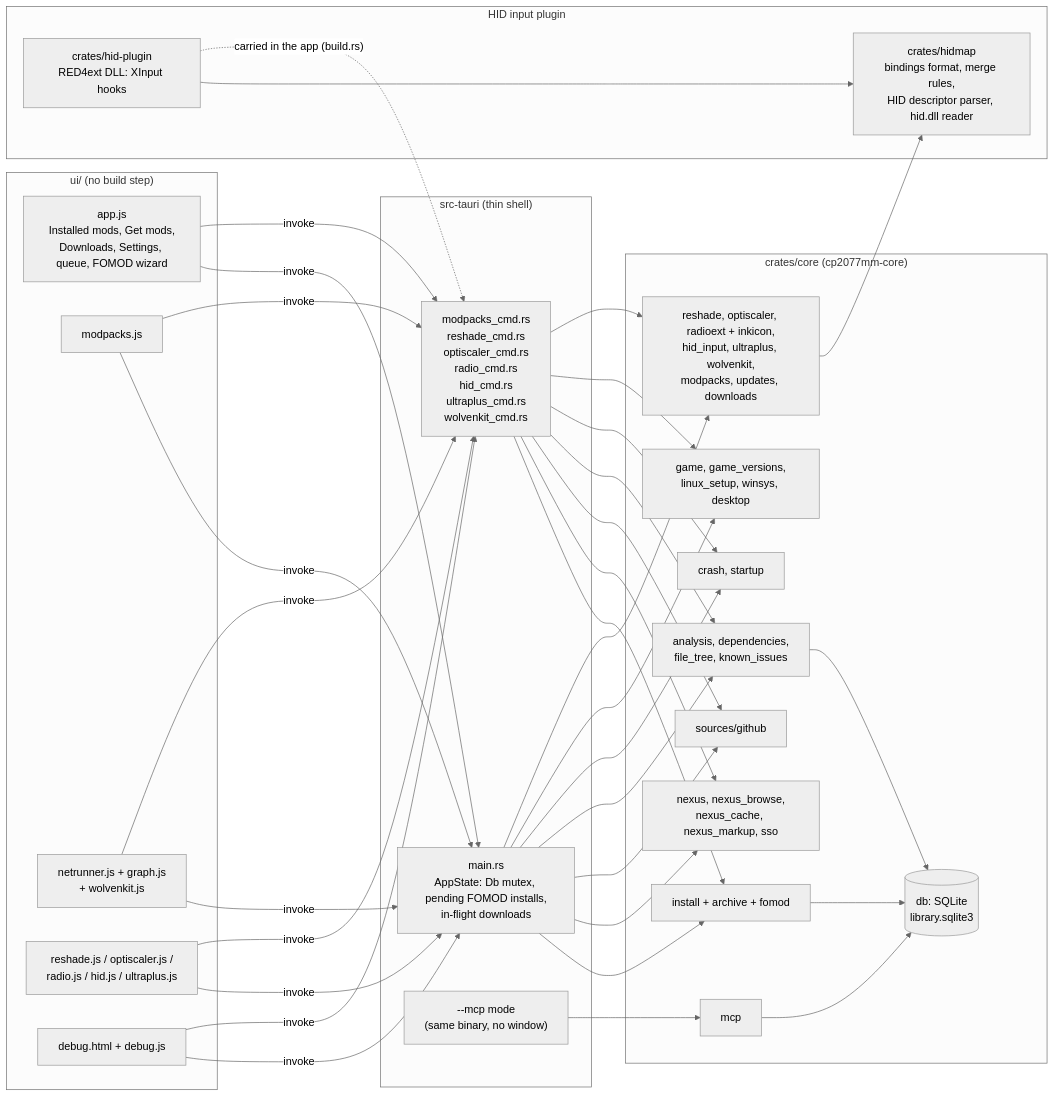
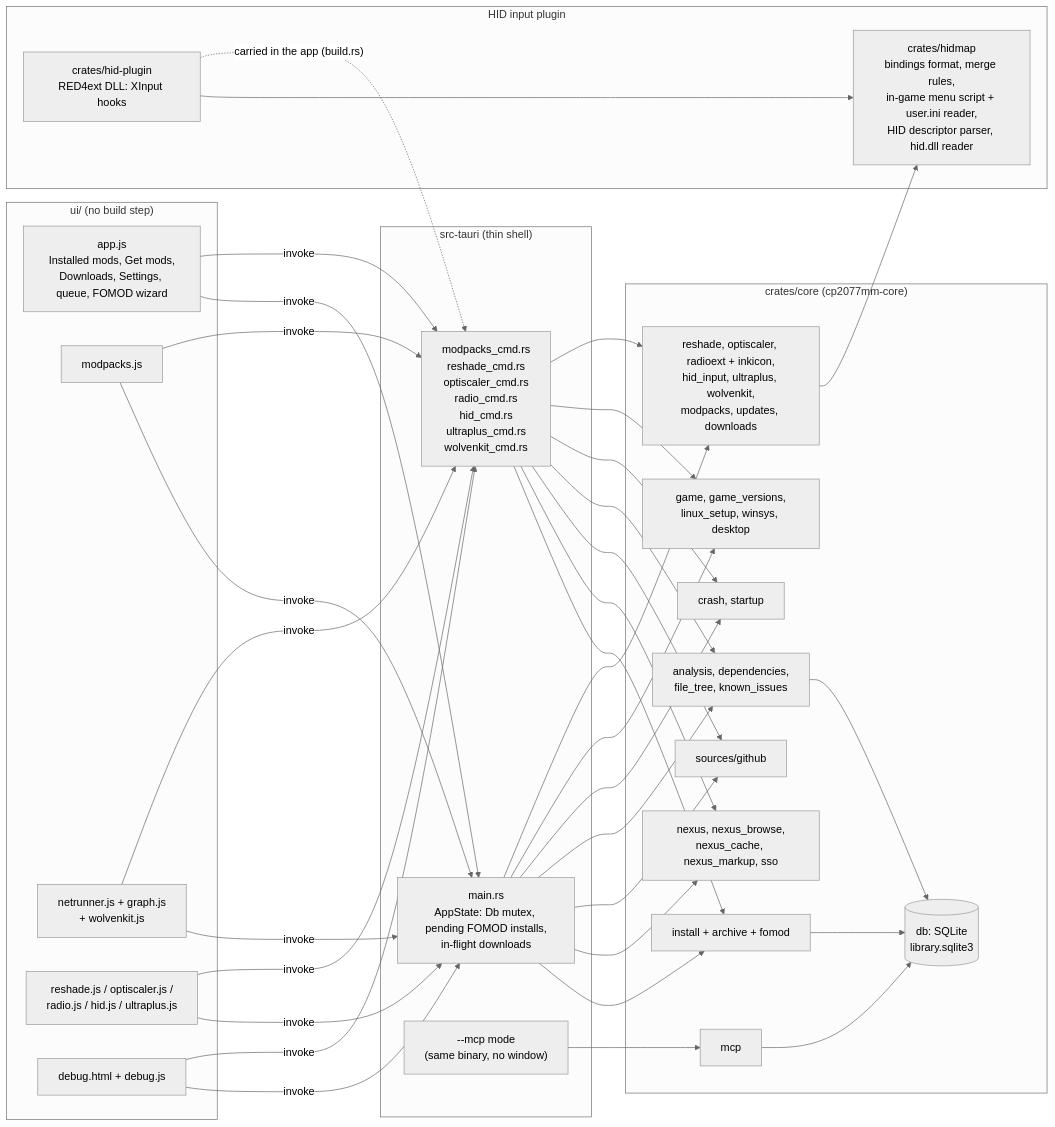
The first of 2 diagrams in docs/architecture/App structure.md (Higher-dimentionalSemanticsFanatic/LinuxCPMX2077), drawn with Mermaid (neutral theme) before and after one commit. The commit also changed other lines of this file and 15 other files, not shown here.

````diff
--- a/docs/architecture/App structure.md
+++ b/docs/architecture/App structure.md
@@ -12,38 +12,38 @@
 ```mermaid
 flowchart LR
   subgraph UI["ui/ (no build step)"]
     app[app.js<br/>Installed mods, Get mods,<br/>Downloads, Settings, queue, FOMOD wizard]
     mp[modpacks.js]
     nr[netrunner.js + graph.js<br/>+ wolvenkit.js]
     rs[reshade.js / optiscaler.js /<br/>radio.js / hid.js / ultraplus.js]
     dbg[debug.html + debug.js]
   end
   subgraph Shell["src-tauri (thin shell)"]
     main[main.rs<br/>AppState: Db mutex, pending FOMOD installs,<br/>in-flight downloads]
     cmds[modpacks_cmd.rs<br/>reshade_cmd.rs<br/>optiscaler_cmd.rs<br/>radio_cmd.rs<br/>hid_cmd.rs<br/>ultraplus_cmd.rs<br/>wolvenkit_cmd.rs]
     mcpbin["--mcp mode<br/>(same binary, no window)"]
   end
   subgraph Core["crates/core (cp2077mm-core)"]
     install[install + archive + fomod]
     db[(db: SQLite<br/>library.sqlite3)]
     nexus[nexus, nexus_browse,<br/>nexus_cache, nexus_markup, sso]
     sources[sources/github]
     analysis[analysis, dependencies,<br/>file_tree, known_issues]
     diag[crash, startup]
     setup[game, game_versions,<br/>linux_setup, winsys, desktop]
     extra[reshade, optiscaler, radioext + inkicon,<br/>hid_input, ultraplus, wolvenkit,<br/>modpacks, updates, downloads]
     mcp[mcp]
   end
   subgraph Hid["HID input plugin"]
-    hidmap[crates/hidmap<br/>bindings format, merge rules,<br/>HID descriptor parser, hid.dll reader]
+    hidmap[crates/hidmap<br/>bindings format, merge rules,<br/>in-game menu script + user.ini reader,<br/>HID descriptor parser, hid.dll reader]
     plugin[crates/hid-plugin<br/>RED4ext DLL: XInput hooks]
   end
   app & mp & nr & rs & dbg -- invoke --> main & cmds
   main & cmds --> install & nexus & sources & analysis & diag & setup & extra
   install --> db
   analysis --> db
   mcpbin --> mcp --> db
   extra --> hidmap
   plugin --> hidmap
   plugin -. "carried in the app (build.rs)" .-> cmds
 ```
````
